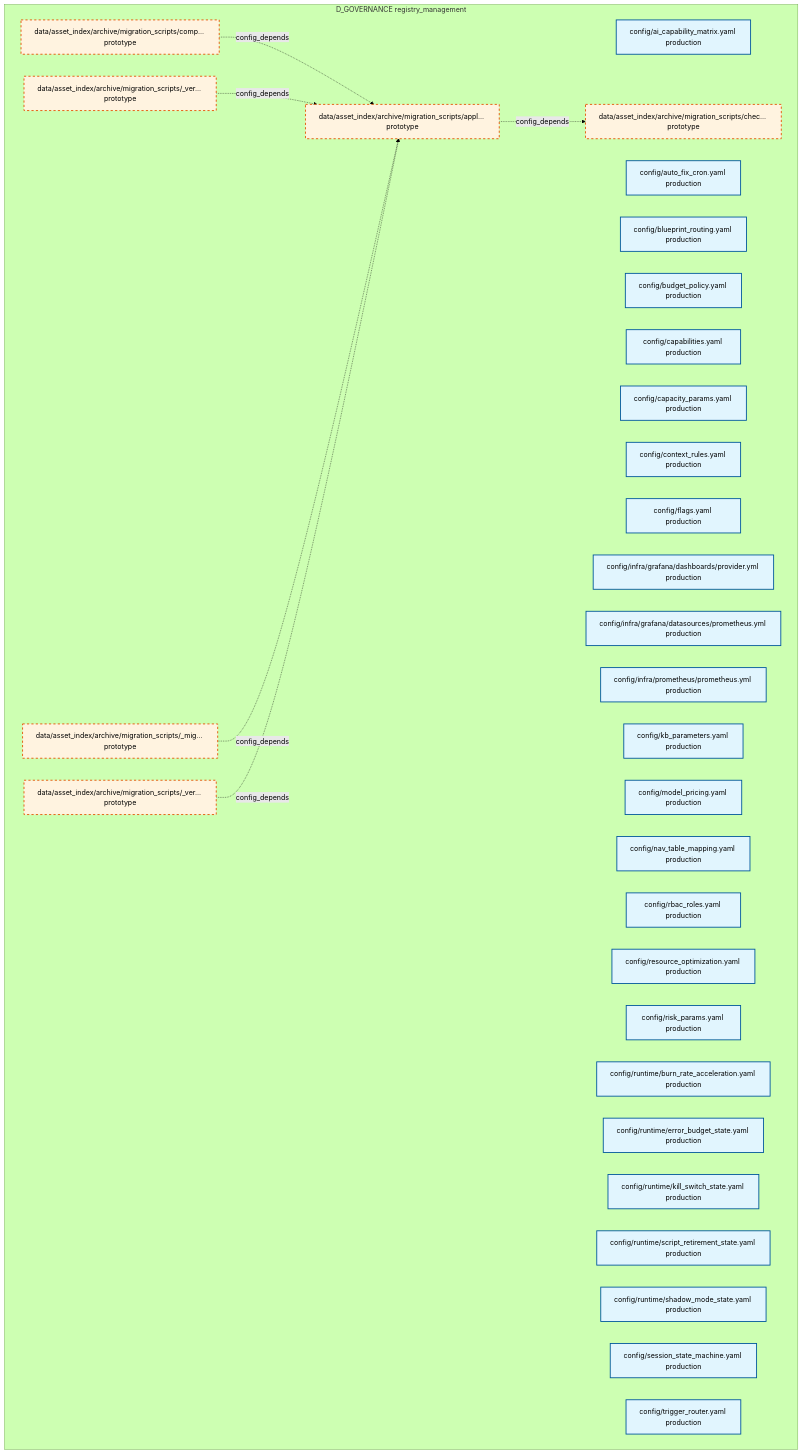
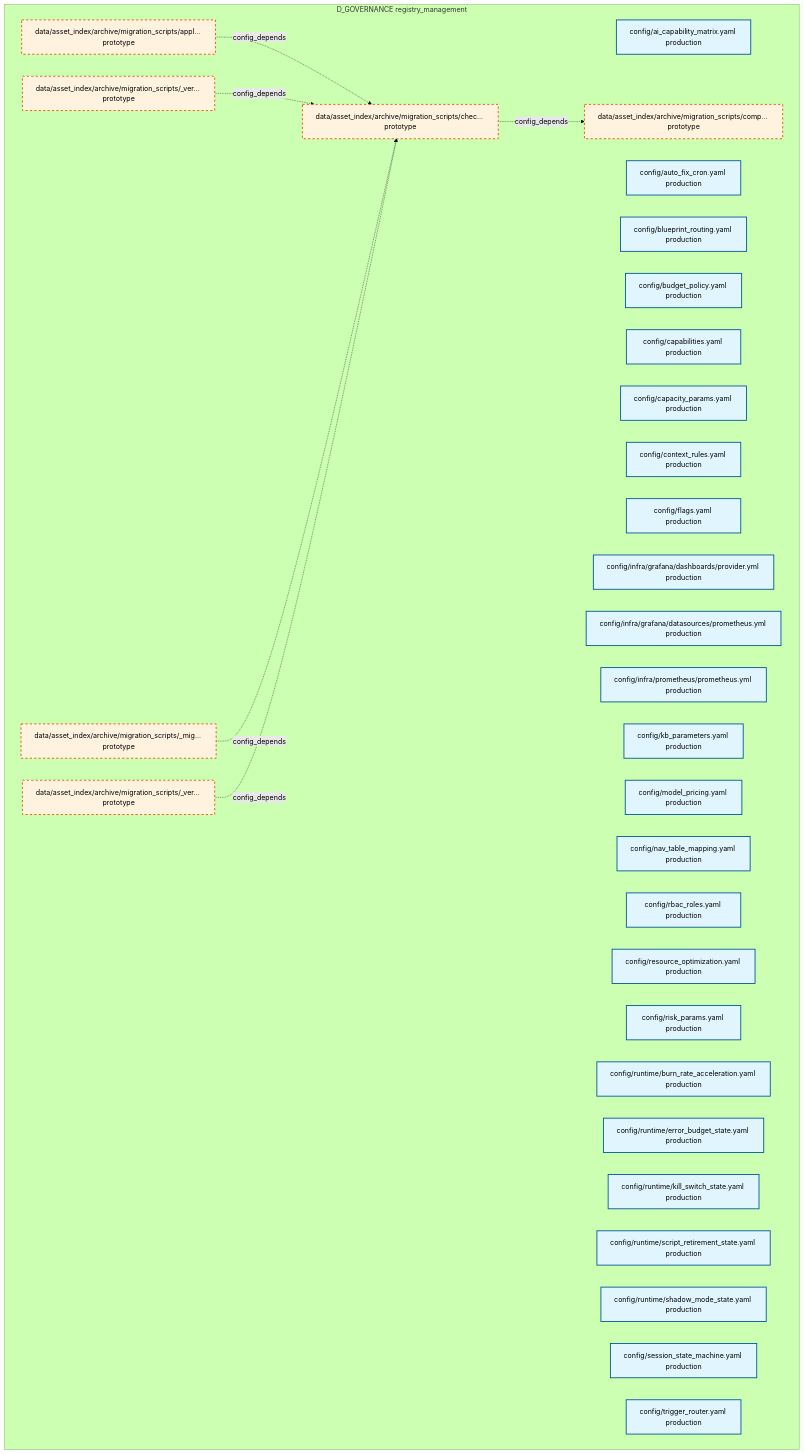
One commit to xuanFelixVan/ZephyrAlpha changed the first of 29 diagrams in docs/02_enterprise_architecture/02_domain_architecture_docs/31_d_governance.md. Above: the diagram before and after it, drawn with Mermaid (forest theme). The commit also changed other lines of this file and 99 other files, not shown here.

````diff
--- a/docs/02_enterprise_architecture/02_domain_architecture_docs/31_d_governance.md
+++ b/docs/02_enterprise_architecture/02_domain_architecture_docs/31_d_governance.md
@@ -49,46 +49,46 @@
 ```mermaid
 graph TD
     subgraph D_GOVERNANCE["D_GOVERNANCE registry_management"]
         config_ai_capability_matrix_yaml["config/ai_capability_matrix.yaml production"]
         config_auto_fix_cron_yaml["config/auto_fix_cron.yaml production"]
         config_blueprint_routing_yaml["config/blueprint_routing.yaml production"]
         config_budget_policy_yaml["config/budget_policy.yaml production"]
         config_capabilities_yaml["config/capabilities.yaml production"]
         config_capacity_params_yaml["config/capacity_params.yaml production"]
         config_context_rules_yaml["config/context_rules.yaml production"]
         config_flags_yaml["config/flags.yaml production"]
         config_infra_grafana_dashboards_provider_yml["config/infra/grafana/dashboards/provider.yml production"]
         config_infra_grafana_datasources_prometheus_yml["config/infra/grafana/datasources/prometheus.yml production"]
         config_infra_prometheus_prometheus_yml["config/infra/prometheus/prometheus.yml production"]
         config_kb_parameters_yaml["config/kb_parameters.yaml production"]
         config_model_pricing_yaml["config/model_pricing.yaml production"]
         config_nav_table_mapping_yaml["config/nav_table_mapping.yaml production"]
         config_rbac_roles_yaml["config/rbac_roles.yaml production"]
         config_resource_optimization_yaml["config/resource_optimization.yaml production"]
         config_risk_params_yaml["config/risk_params.yaml production"]
         config_runtime_burn_rate_acceleration_yaml["config/runtime/burn_rate_acceleration.yaml production"]
         config_runtime_error_budget_state_yaml["config/runtime/error_budget_state.yaml production"]
         config_runtime_kill_switch_state_yaml["config/runtime/kill_switch_state.yaml production"]
         config_runtime_script_retirement_state_yaml["config/runtime/script_retirement_state.yaml production"]
         config_runtime_shadow_mode_state_yaml["config/runtime/shadow_mode_state.yaml production"]
         config_session_state_machine_yaml["config/session_state_machine.yaml production"]
         config_trigger_router_yaml["config/trigger_router.yaml production"]
         data_asset_index_archive_migration_scripts_migration_shared_py["data/asset_index/archive/migration_scripts/_mig... prototype"]
         data_asset_index_archive_migration_scripts_verify_manifest_py["data/asset_index/archive/migration_scripts/_ver... prototype"]
         data_asset_index_archive_migration_scripts_verify_step4_py["data/asset_index/archive/migration_scripts/_ver... prototype"]
         data_asset_index_archive_migration_scripts_apply_rulings_py["data/asset_index/archive/migration_scripts/appl... prototype"]
         data_asset_index_archive_migration_scripts_check_coverage_py["data/asset_index/archive/migration_scripts/chec... prototype"]
         data_asset_index_archive_migration_scripts_comprehensive_import_fix_py["data/asset_index/archive/migration_scripts/comp... prototype"]
     end
+    data_asset_index_archive_migration_scripts_check_coverage_py -.->|config_depends| data_asset_index_archive_migration_scripts_comprehensive_import_fix_py
     data_asset_index_archive_migration_scripts_apply_rulings_py -.->|config_depends| data_asset_index_archive_migration_scripts_check_coverage_py
-    data_asset_index_archive_migration_scripts_comprehensive_import_fix_py -.->|config_depends| data_asset_index_archive_migration_scripts_apply_rulings_py
-    data_asset_index_archive_migration_scripts_verify_manifest_py -.->|config_depends| data_asset_index_archive_migration_scripts_apply_rulings_py
-    data_asset_index_archive_migration_scripts_migration_shared_py -.->|config_depends| data_asset_index_archive_migration_scripts_apply_rulings_py
-    data_asset_index_archive_migration_scripts_verify_step4_py -.->|config_depends| data_asset_index_archive_migration_scripts_apply_rulings_py
+    data_asset_index_archive_migration_scripts_verify_manifest_py -.->|config_depends| data_asset_index_archive_migration_scripts_check_coverage_py
+    data_asset_index_archive_migration_scripts_migration_shared_py -.->|config_depends| data_asset_index_archive_migration_scripts_check_coverage_py
+    data_asset_index_archive_migration_scripts_verify_step4_py -.->|config_depends| data_asset_index_archive_migration_scripts_check_coverage_py
     classDef production fill:#e1f5fe,stroke:#01579b,stroke-width:2px,color:#000
     classDef design fill:#fff3e0,stroke:#e65100,stroke-width:2px,color:#000,stroke-dasharray: 5 5
     classDef external_prod fill:#e8f5e9,stroke:#1b5e20,stroke-width:1px,color:#000
     classDef external_design fill:#fce4ec,stroke:#880e4f,stroke-width:1px,color:#000,stroke-dasharray: 5 5
     class config_ai_capability_matrix_yaml,config_auto_fix_cron_yaml,config_blueprint_routing_yaml,config_budget_policy_yaml,config_capabilities_yaml,config_capacity_params_yaml,config_context_rules_yaml,config_flags_yaml,config_infra_grafana_dashboards_provider_yml,config_infra_grafana_datasources_prometheus_yml,config_infra_prometheus_prometheus_yml,config_kb_parameters_yaml,config_model_pricing_yaml,config_nav_table_mapping_yaml,config_rbac_roles_yaml,config_resource_optimization_yaml,config_risk_params_yaml,config_runtime_burn_rate_acceleration_yaml,config_runtime_error_budget_state_yaml,config_runtime_kill_switch_state_yaml,config_runtime_script_retirement_state_yaml,config_runtime_shadow_mode_state_yaml,config_session_state_machine_yaml,config_trigger_router_yaml production
     class data_asset_index_archive_migration_scripts_migration_shared_py,data_asset_index_archive_migration_scripts_verify_manifest_py,data_asset_index_archive_migration_scripts_verify_step4_py,data_asset_index_archive_migration_scripts_apply_rulings_py,data_asset_index_archive_migration_scripts_check_coverage_py,data_asset_index_archive_migration_scripts_comprehensive_import_fix_py design
 ```
````
